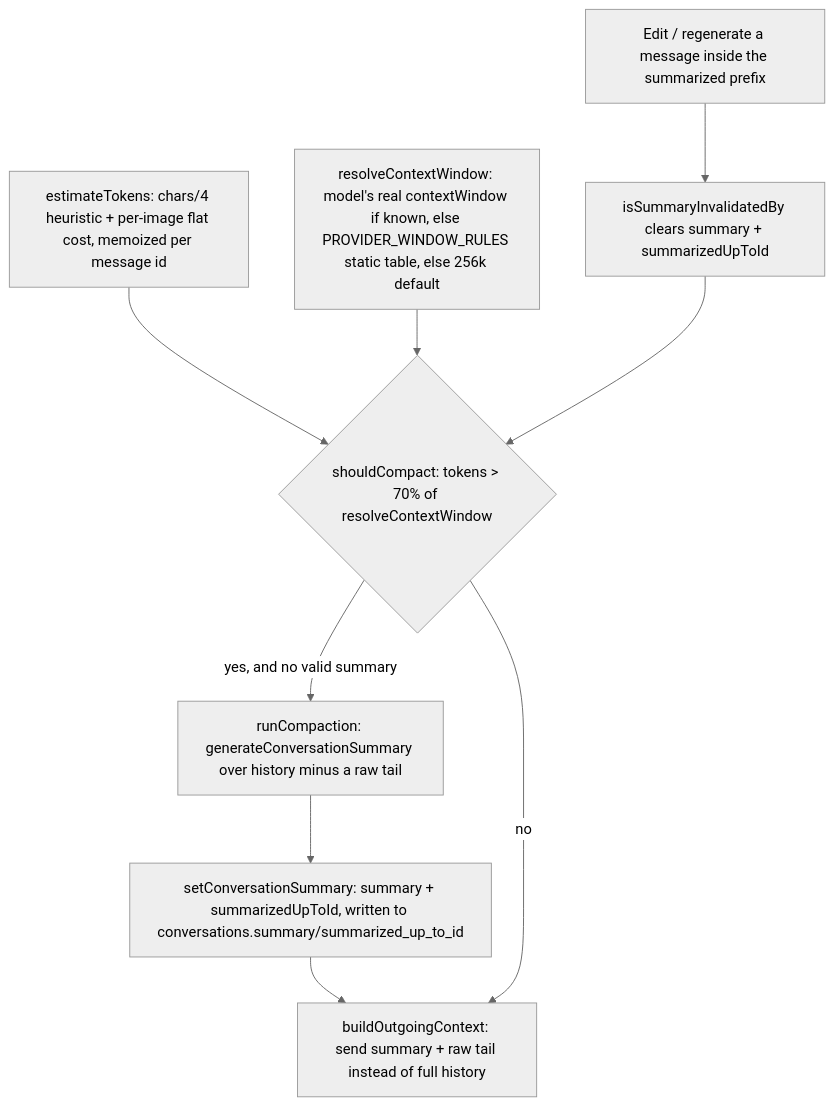
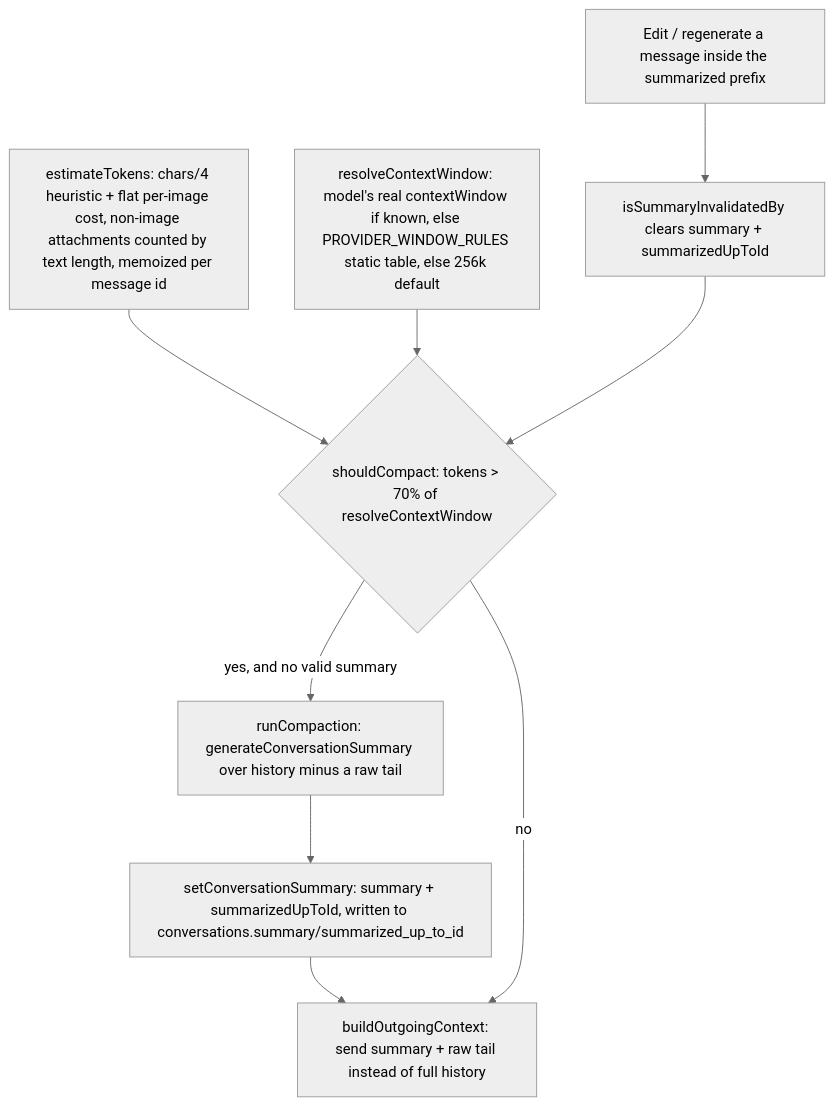
One commit to im4aLL/personal-agent changed the ninth of 10 diagrams in ARCHITECTURE.md. Above: the diagram before and after it, drawn with Mermaid (neutral theme). The commit also changed other lines of this file and 6 other files, not shown here.

````diff
--- a/ARCHITECTURE.md
+++ b/ARCHITECTURE.md
@@ -328,11 +335,11 @@
 ```mermaid
 flowchart TD
-    EST[estimateTokens: chars/4 heuristic + per-image flat cost, memoized per message id] --> CHECK{shouldCompact: tokens > 70% of resolveContextWindow}
+    EST[estimateTokens: chars/4 heuristic + flat per-image cost, non-image attachments counted by text length, memoized per message id] --> CHECK{shouldCompact: tokens > 70% of resolveContextWindow}
     RESOLVE[resolveContextWindow: model's real contextWindow if known, else PROVIDER_WINDOW_RULES static table, else 256k default] --> CHECK
     CHECK -->|yes, and no valid summary| RUN[runCompaction: generateConversationSummary over history minus a raw tail]
     RUN --> PERSIST[setConversationSummary: summary + summarizedUpToId, written to conversations.summary/summarized_up_to_id]
     PERSIST --> OUT[buildOutgoingContext: send summary + raw tail instead of full history]
     CHECK -->|no| OUT
     EDIT[Edit / regenerate a message inside the summarized prefix] --> INVALIDATE[isSummaryInvalidatedBy clears summary + summarizedUpToId]
     INVALIDATE --> CHECK
 ```
````
